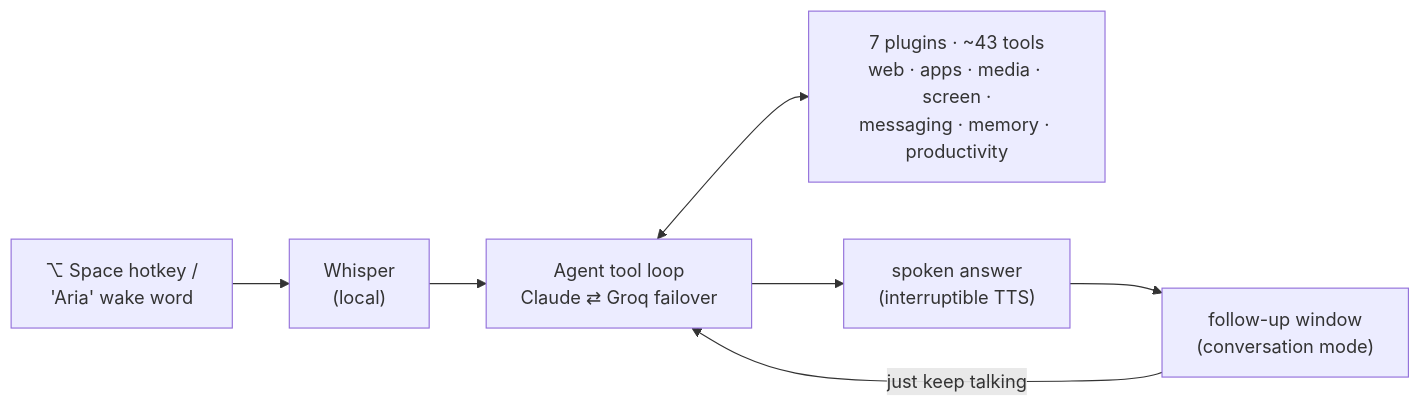
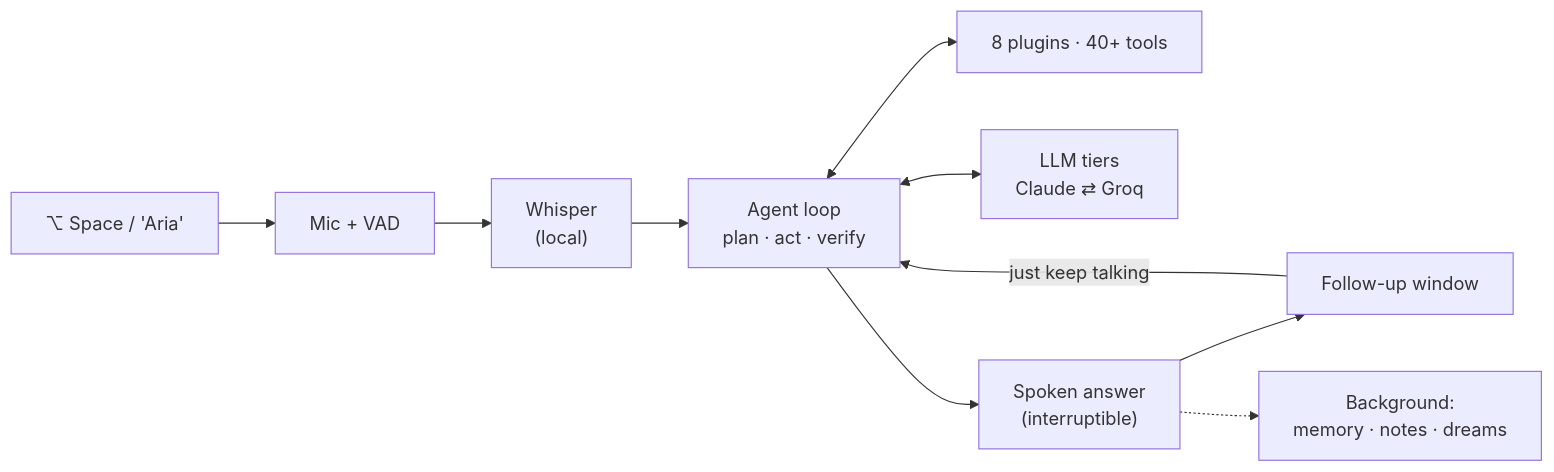
Before and after one commit to Bhanu1299/Aria: the first of 5 diagrams in README.md, drawn with Mermaid. The commit also changed other lines of this file and 2 other files, not shown here.

First line of the commit message:
docs: README rewrite with architecture walkthrough and banner

````diff
--- a/README.md
+++ b/README.md
@@ -21,9 +49,12 @@
 ```mermaid
 flowchart LR
-    T["⌥ Space hotkey /<br/>'Aria' wake word"] --> W["Whisper<br/>(local)"]
-    W --> A["Agent tool loop<br/>Claude ⇄ Groq failover"]
-    A <--> P["7 plugins · ~43 tools<br/>web · apps · media · screen ·<br/>messaging · memory · productivity"]
-    A --> S["spoken answer<br/>(interruptible TTS)"]
-    S --> C["follow-up window<br/>(conversation mode)"]
+    T["⌥ Space  /  'Aria'"] --> M["Mic + VAD"]
+    M --> W["Whisper<br/>(local)"]
+    W --> A["Agent loop<br/>plan · act · verify"]
+    A <--> P["8 plugins · 40+ tools"]
+    A <--> L["LLM tiers<br/>Claude ⇄ Groq"]
+    A --> S["Spoken answer<br/>(interruptible)"]
+    S --> C["Follow-up window"]
     C -->|"just keep talking"| A
+    S -.-> X["Background:<br/>memory · notes · dreams"]
 ```
````
